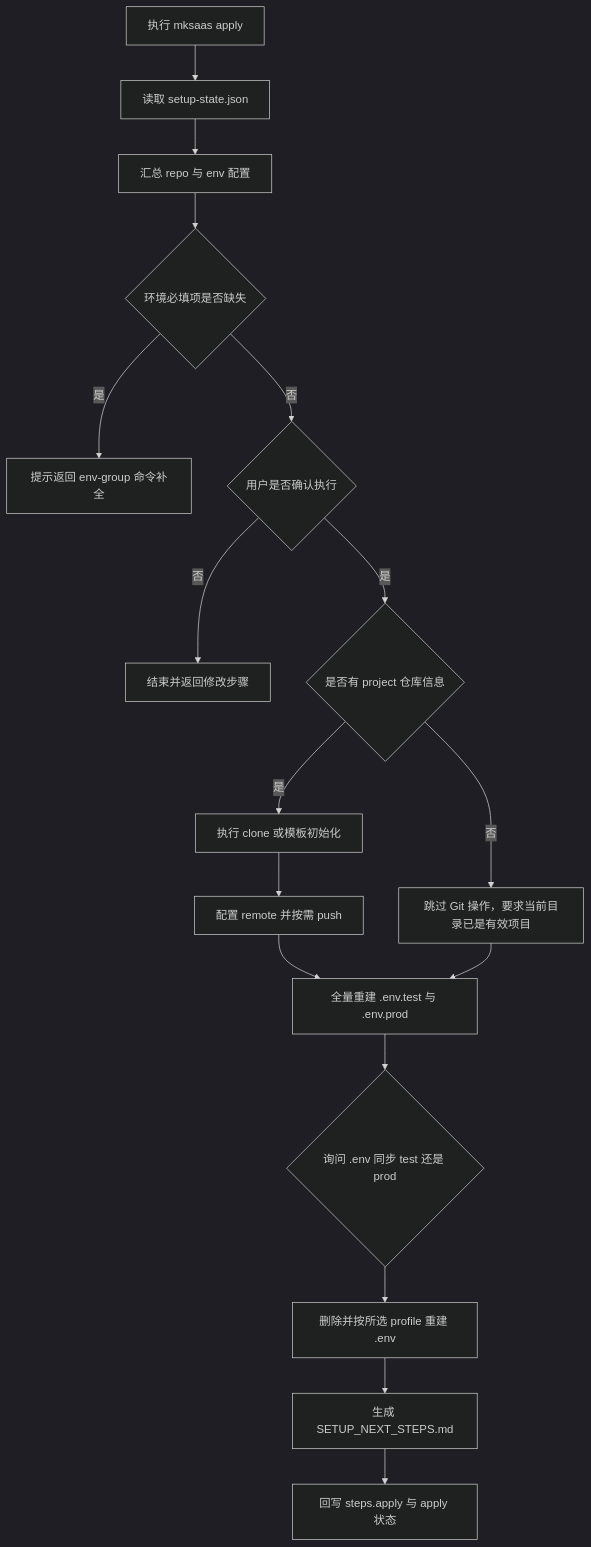
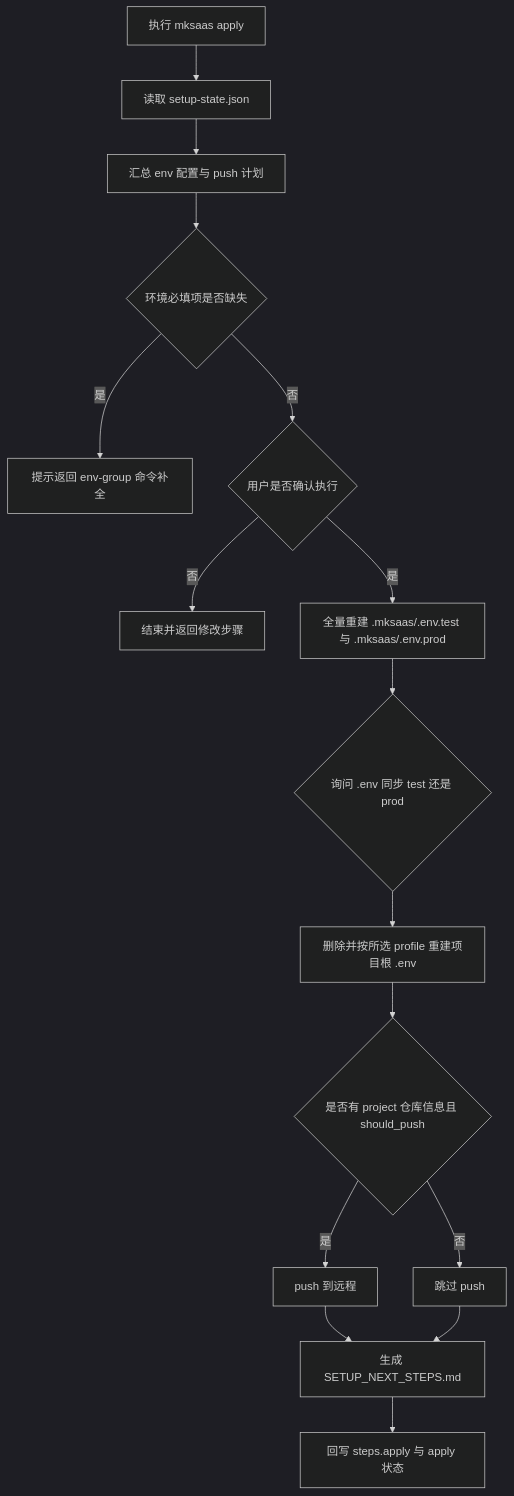
One commit to CaffeineOddity/mksaas_command changed the first of 2 diagrams in docs/steps/02-apply.md. Above: the diagram before and after it, drawn with Mermaid (dark theme). The commit also changed other lines of this file and 7 other files, not shown here.

First line of the commit message:
docs: project 承接项目创建 + .mksaas 放仓库内 + env 落点调整

````diff
--- a/docs/steps/02-apply.md
+++ b/docs/steps/02-apply.md
@@ -46,19 +51,18 @@
 ```mermaid
 flowchart TD
     A[执行 mksaas apply] --> B[读取 setup-state.json]
-    B --> C[汇总 repo 与 env 配置]
+    B --> C[汇总 env 配置与 push 计划]
     C --> D{环境必填项是否缺失}
     D -->|是| E[提示返回 env-group 命令补全]
     D -->|否| F{用户是否确认执行}
     F -->|否| G[结束并返回修改步骤]
-    F -->|是| H{是否有 project 仓库信息}
-    H -->|是| I[执行 clone 或模板初始化]
-    I --> J[配置 remote 并按需 push]
-    H -->|否| K[跳过 Git 操作，要求当前目录已是有效项目]
-    J --> L[全量重建 .env.test 与 .env.prod]
-    K --> L
-    L --> M{询问 .env 同步 test 还是 prod}
-    M --> N[删除并按所选 profile 重建 .env]
-    N --> O[生成 SETUP_NEXT_STEPS.md]
-    O --> P[回写 steps.apply 与 apply 状态]
+    F -->|是| H[全量重建 .mksaas/.env.test 与 .mksaas/.env.prod]
+    H --> I{询问 .env 同步 test 还是 prod}
+    I --> J[删除并按所选 profile 重建项目根 .env]
+    J --> K{是否有 project 仓库信息且 should_push}
+    K -->|是| L[push 到远程]
+    K -->|否| M[跳过 push]
+    L --> N[生成 SETUP_NEXT_STEPS.md]
+    M --> N
+    N --> O[回写 steps.apply 与 apply 状态]
 ```
````
